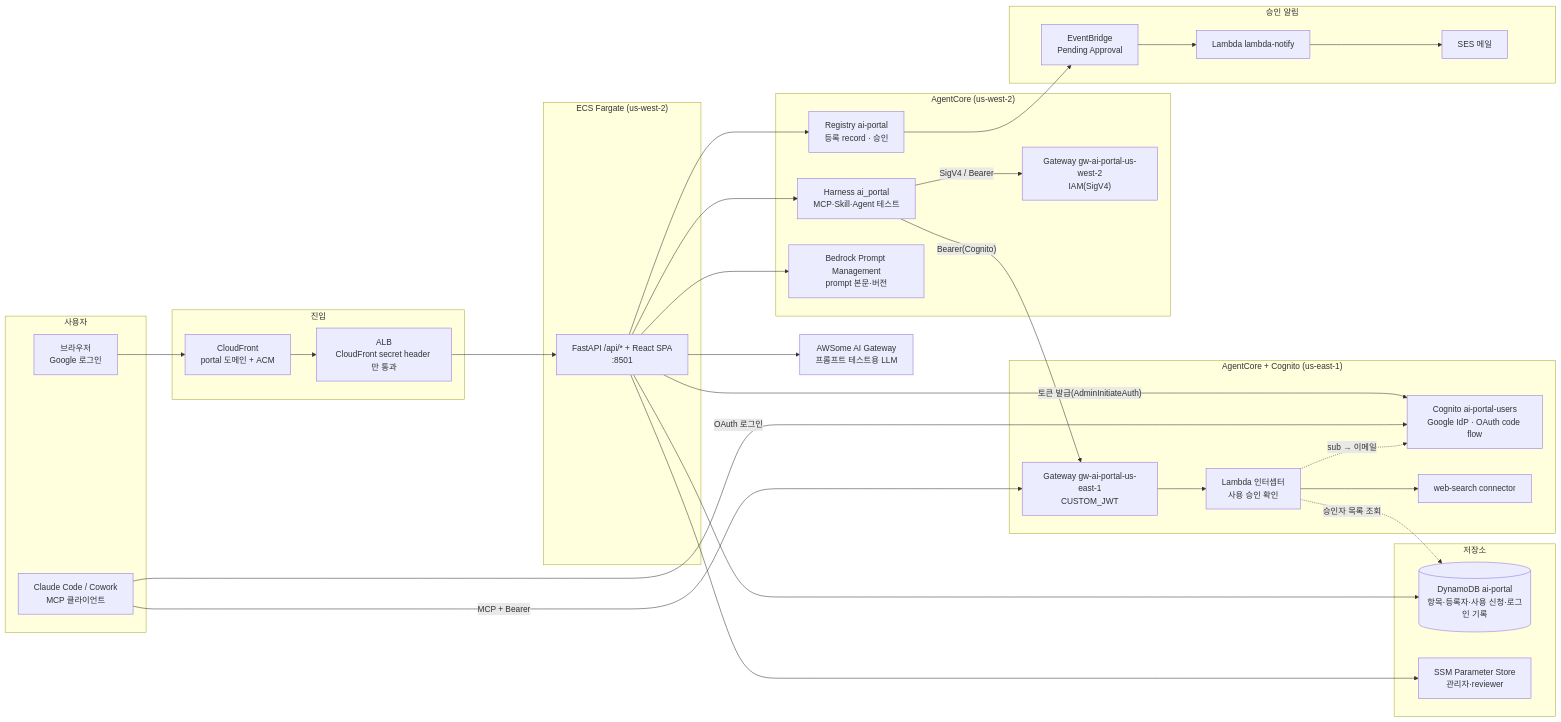
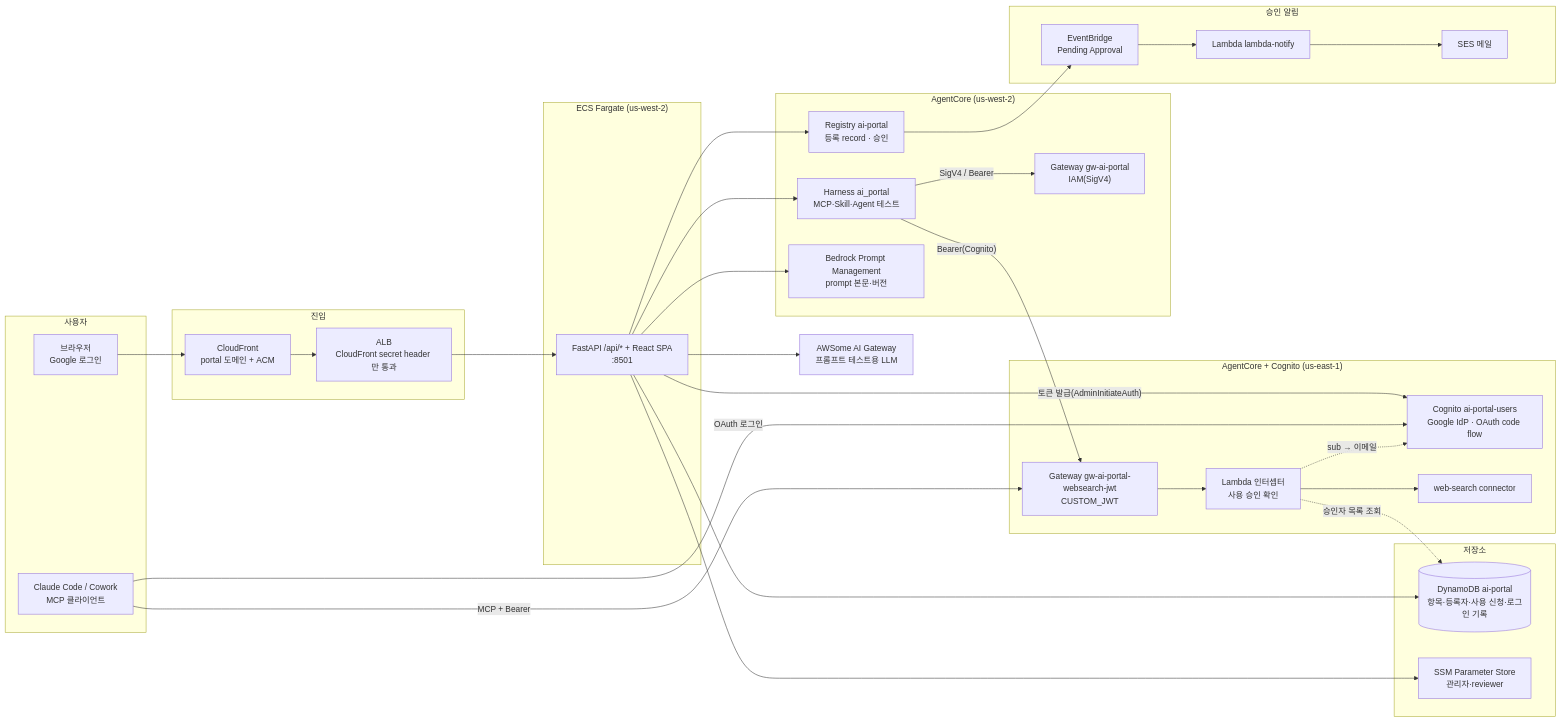
The first of 2 diagrams in README.md (kyopark2014/ai-portal), drawn with Mermaid before and after one commit. The commit also changed other lines of this file and 19 other files, not shown here.

````diff
--- a/README.md
+++ b/README.md
@@ -26,60 +26,60 @@
 ```mermaid
 flowchart LR
   subgraph Client["사용자"]
     BR["브라우저<br/>Google 로그인"]
     CC["Claude Code / Cowork<br/>MCP 클라이언트"]
   end
 
   subgraph Edge["진입"]
     CF["CloudFront<br/>portal 도메인 + ACM"]
     ALB["ALB<br/>CloudFront secret header 만 통과"]
   end
 
   subgraph ECS["ECS Fargate (us-west-2)"]
     APP["FastAPI /api/* + React SPA<br/>:8501"]
   end
 
   subgraph Data["저장소"]
     DDB[("DynamoDB ai-portal<br/>항목·등록자·사용 신청·로그인 기록")]
     SSM["SSM Parameter Store<br/>관리자·reviewer"]
   end
 
   subgraph Reg["AgentCore (us-west-2)"]
     REG["Registry ai-portal<br/>등록 record · 승인"]
     HAR["Harness ai_portal<br/>MCP·Skill·Agent 테스트"]
     PM["Bedrock Prompt Management<br/>prompt 본문·버전"]
-    GW1["Gateway gw-ai-portal-us-west-2<br/>IAM(SigV4)"]
+    GW1["Gateway gw-ai-portal<br/>IAM(SigV4)"]
   end
 
   subgraph East["AgentCore + Cognito (us-east-1)"]
     COG["Cognito ai-portal-users<br/>Google IdP · OAuth code flow"]
-    GW2["Gateway gw-ai-portal-us-east-1<br/>CUSTOM_JWT"]
+    GW2["Gateway gw-ai-portal-websearch-jwt<br/>CUSTOM_JWT"]
     INT["Lambda 인터셉터<br/>사용 승인 확인"]
     WS["web-search connector"]
   end
 
   subgraph Notify["승인 알림"]
     EB["EventBridge<br/>Pending Approval"]
     LN["Lambda lambda-notify"]
     SES["SES 메일"]
   end
 
   LLM["AWSome AI Gateway<br/>프롬프트 테스트용 LLM"]
 
   BR --> CF --> ALB --> APP
   APP --> DDB
   APP --> SSM
   APP --> REG
   APP --> PM
   APP --> HAR
   APP -->|"토큰 발급(AdminInitiateAuth)"| COG
   APP --> LLM
   HAR -->|"SigV4 / Bearer"| GW1
   HAR -->|"Bearer(Cognito)"| GW2
   CC -->|"OAuth 로그인"| COG
   CC -->|"MCP + Bearer"| GW2
   GW2 --> INT --> WS
   INT -.->|"승인자 목록 조회"| DDB
   INT -.->|"sub → 이메일"| COG
   REG --> EB --> LN --> SES
 ```
````
